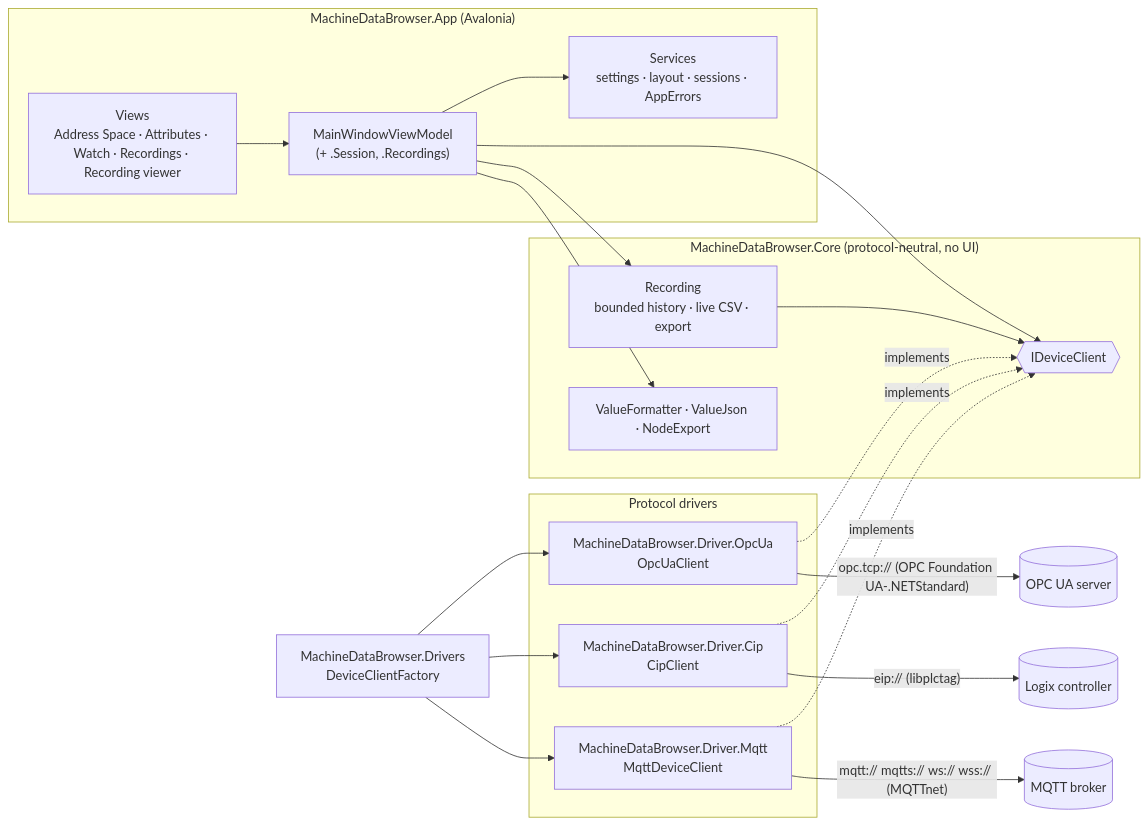
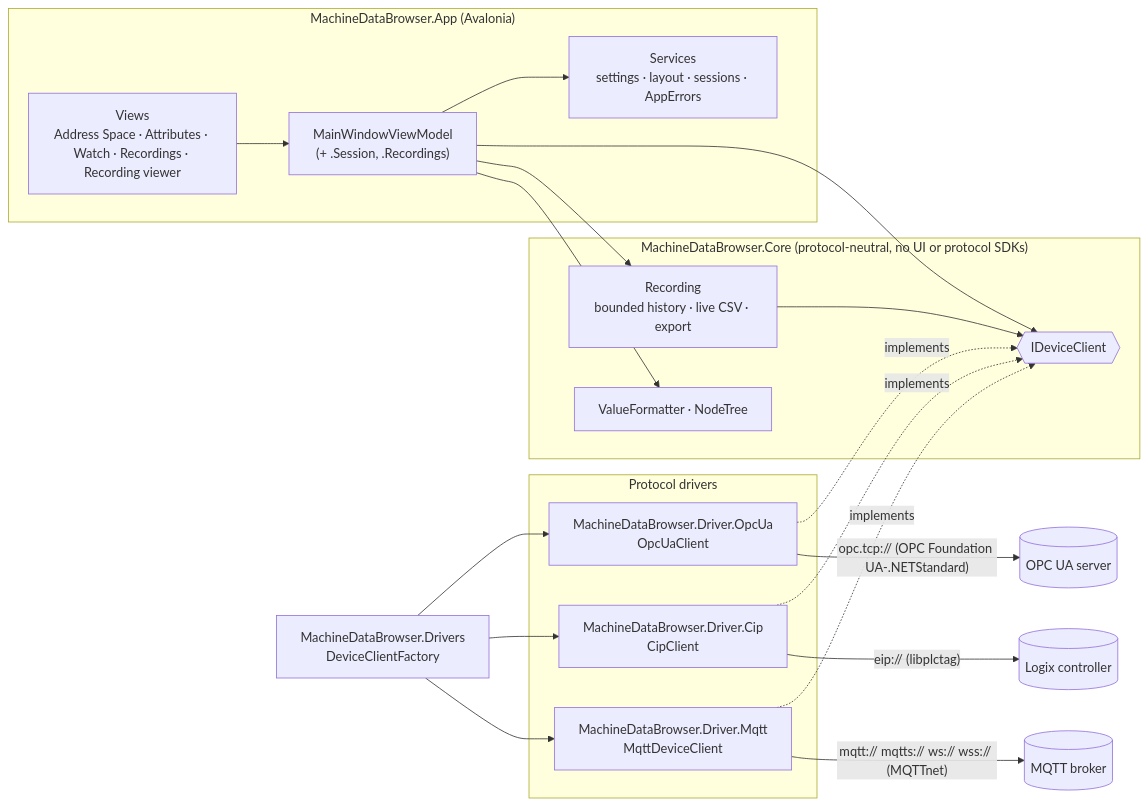
One commit to ZaoralJ/MachineDataBrowser changed the first of 5 diagrams in docs/architecture.md. Above: the diagram before and after it, drawn with Mermaid. The commit also changed other lines of this file and 5 other files, not shown here.

````diff
--- a/docs/architecture.md
+++ b/docs/architecture.md
@@ -14,37 +14,37 @@
 ```mermaid
 flowchart LR
     subgraph App["MachineDataBrowser.App (Avalonia)"]
         Views["Views<br/>Address Space · Attributes · Watch · Recordings · Recording viewer"]
         VM["MainWindowViewModel<br/>(+ .Session, .Recordings)"]
         Services["Services<br/>settings · layout · sessions · AppErrors"]
         Views --> VM
         VM --> Services
     end
 
-    subgraph Core["MachineDataBrowser.Core (protocol-neutral, no UI)"]
+    subgraph Core["MachineDataBrowser.Core (protocol-neutral, no UI or protocol SDKs)"]
         IDC{{"IDeviceClient"}}
         Rec["Recording<br/>bounded history · live CSV · export"]
-        Fmt["ValueFormatter · ValueJson · NodeExport"]
+        Fmt["ValueFormatter · NodeTree"]
         Rec --> IDC
     end
 
     subgraph Drivers["Protocol drivers"]
         Ua["MachineDataBrowser.Driver.OpcUa<br/>OpcUaClient"]
         Cip["MachineDataBrowser.Driver.Cip<br/>CipClient"]
         Mqtt["MachineDataBrowser.Driver.Mqtt<br/>MqttDeviceClient"]
     end
     Composition["MachineDataBrowser.Drivers<br/>DeviceClientFactory"]
     Composition --> Ua
     Composition --> Cip
     Composition --> Mqtt
     Ua -. implements .-> IDC
     Cip -. implements .-> IDC
     Mqtt -. implements .-> IDC
     VM --> IDC
     VM --> Rec
     VM --> Fmt
 
     Ua -- "opc.tcp:// (OPC Foundation UA-.NETStandard)" --> S1[(OPC UA server)]
     Cip -- "eip:// (libplctag)" --> S2[(Logix controller)]
     Mqtt -- "mqtt:// mqtts:// ws:// wss:// (MQTTnet)" --> S3[(MQTT broker)]
 ```
````
